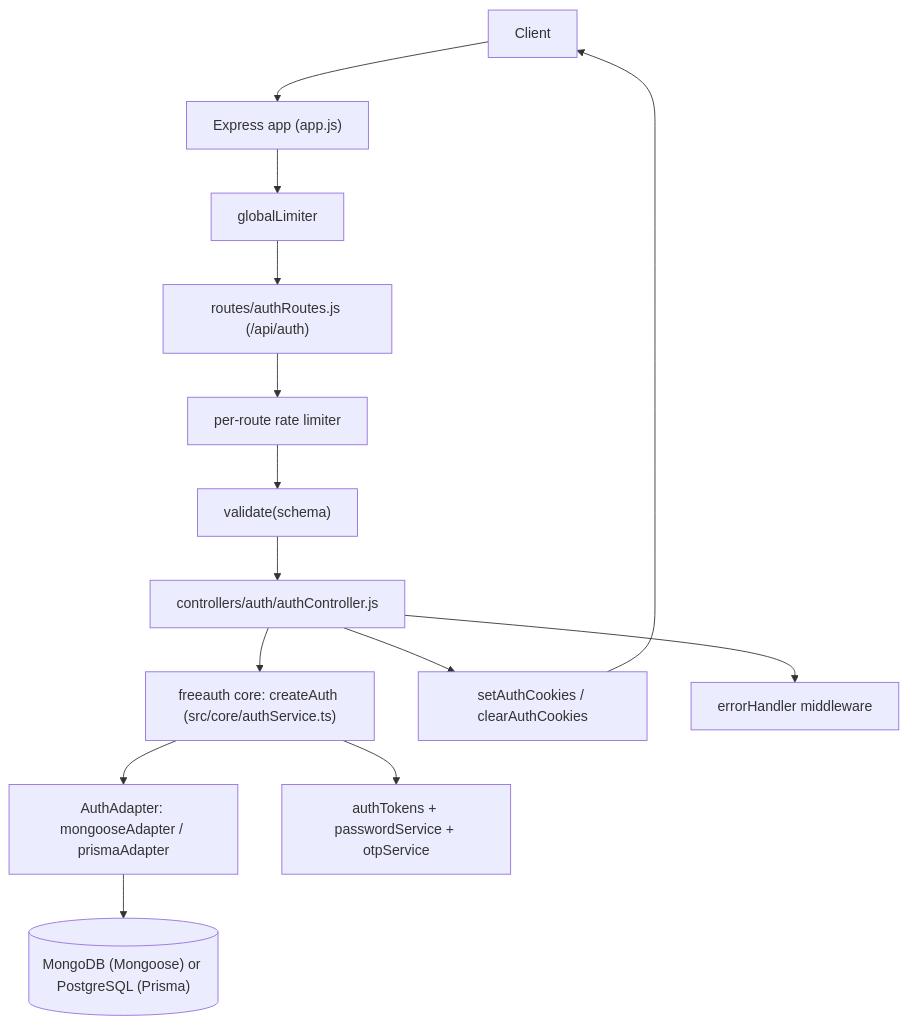
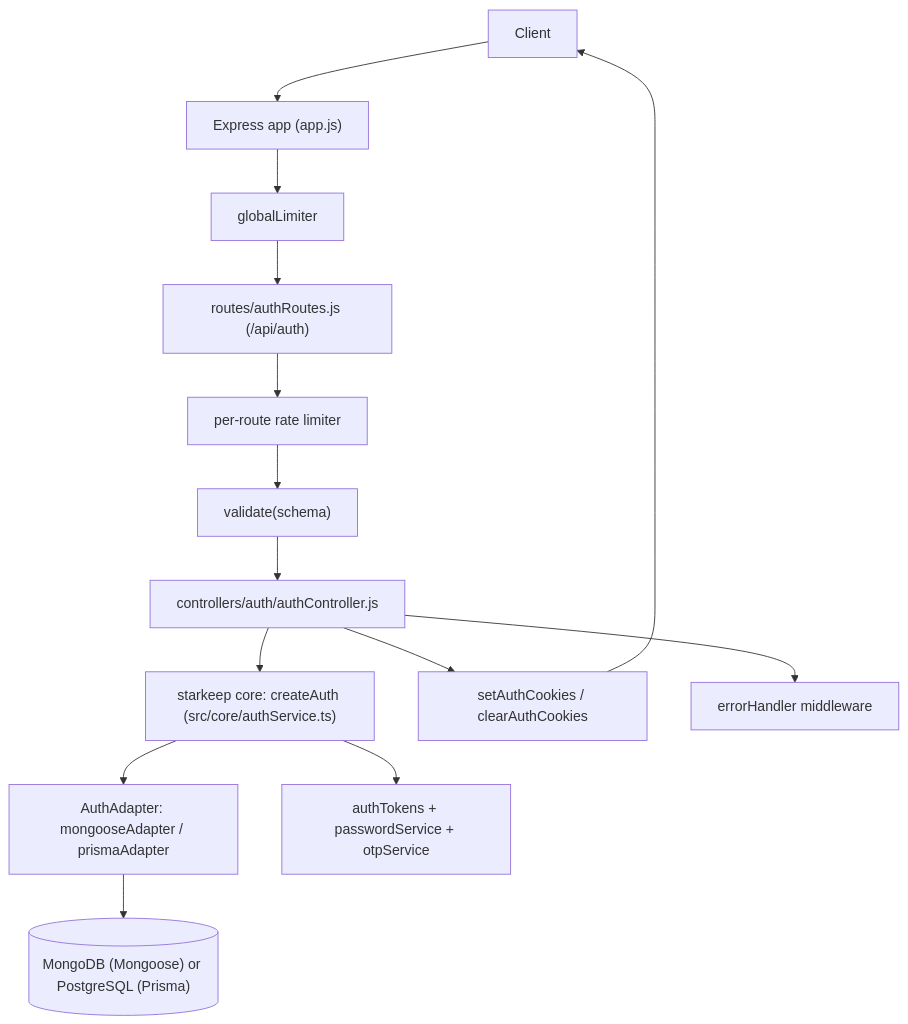
One commit to abdrahman-dev/freeauth-site changed the first of 3 diagrams in docs/backend-api-doc.md. Above: the diagram before and after it, drawn with Mermaid. The commit also changed other lines of this file and 28 other files, not shown here.

First line of the commit message:
chore: rebrand site from FreeAuth to Starkeep (#2)

````diff
--- a/docs/backend-api-doc.md
+++ b/docs/backend-api-doc.md
@@ -64,16 +64,16 @@
 ```mermaid
 flowchart TD
     Client --> ExpressApp["Express app (app.js)"]
     ExpressApp --> GlobalLimiter["globalLimiter"]
     GlobalLimiter --> Router["routes/authRoutes.js (/api/auth)"]
     Router --> RouteLimiter["per-route rate limiter"]
     RouteLimiter --> Validate["validate(schema)"]
     Validate --> Controller["controllers/auth/authController.js"]
-    Controller --> Core["freeauth core: createAuth (src/core/authService.ts)"]
+    Controller --> Core["starkeep core: createAuth (src/core/authService.ts)"]
     Core --> Adapter["AuthAdapter: mongooseAdapter / prismaAdapter"]
     Adapter --> DB[("MongoDB (Mongoose) or PostgreSQL (Prisma)")]
     Core --> Tokens["authTokens + passwordService + otpService"]
     Controller --> Cookies["setAuthCookies / clearAuthCookies"]
     Cookies --> Client
     Controller --> ErrorMW["errorHandler middleware"]
 ```
````
